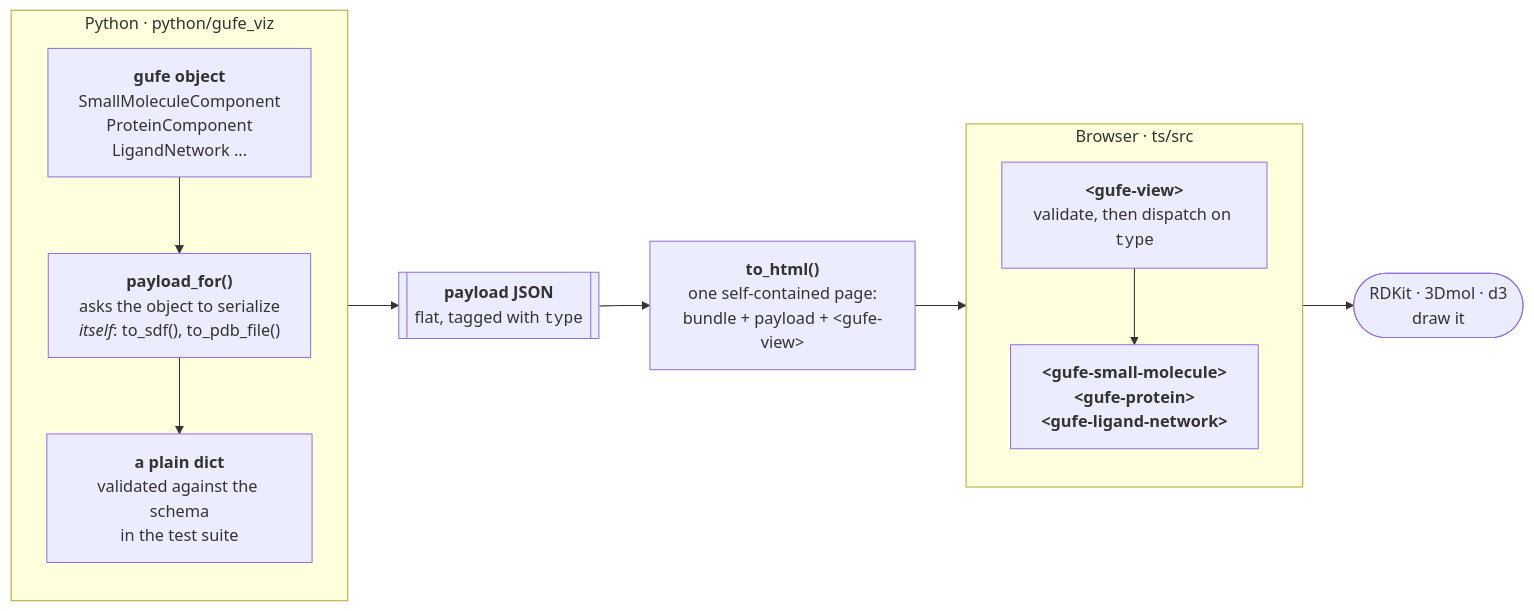
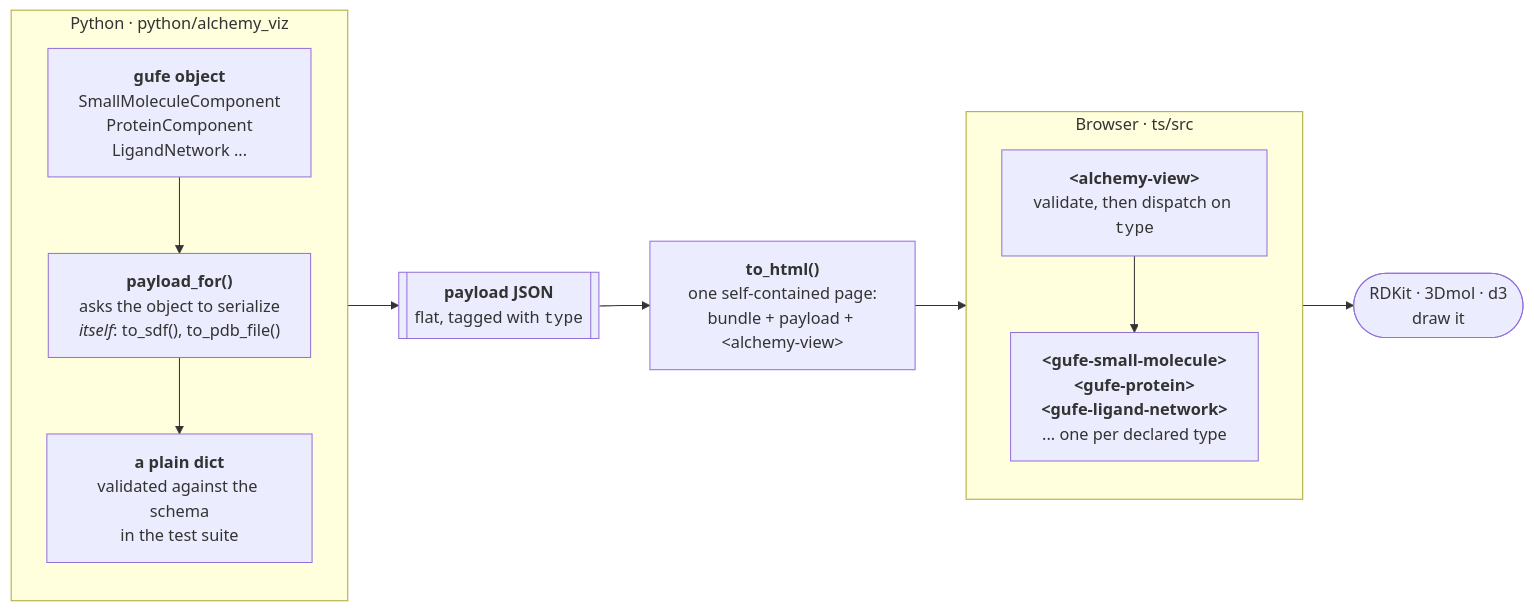
Before and after one commit to omsf-eco-infra/alchemy-viz: the first of 3 diagrams in README.md, drawn with Mermaid. The commit also changed other lines of this file and 156 other files, not shown here.

````diff
--- a/README.md
+++ b/README.md
@@ -150,23 +206,23 @@
 ```mermaid
 flowchart LR
-  subgraph PY["Python · python/gufe_viz"]
+  subgraph PY["Python · python/alchemy_viz"]
     direction TB
     obj["<b>gufe object</b><br/>SmallMoleculeComponent<br/>ProteinComponent<br/>LigandNetwork ..."]
     build["<b>payload_for()</b><br/>asks the object to serialize<br/><i>itself</i>: to_sdf(), to_pdb_file()"]
     plain["<b>a plain dict</b><br/>validated against the schema<br/>in the test suite"]
     obj --> build --> plain
   end
 
   plain --> payload[["<b>payload JSON</b><br/>flat, tagged with <code>type</code>"]]
-  payload --> tohtml["<b>to_html()</b><br/>one self-contained page:<br/>bundle + payload + &lt;gufe-view&gt;"]
+  payload --> tohtml["<b>to_html()</b><br/>one self-contained page:<br/>bundle + payload + &lt;alchemy-view&gt;"]
 
   subgraph BR["Browser · ts/src"]
     direction TB
-    gview["<b>&lt;gufe-view&gt;</b><br/>validate, then dispatch on <code>type</code>"]
-    view["<b>&lt;gufe-small-molecule&gt;</b><br/><b>&lt;gufe-protein&gt;</b><br/><b>&lt;gufe-ligand-network&gt;</b>"]
+    gview["<b>&lt;alchemy-view&gt;</b><br/>validate, then dispatch on <code>type</code>"]
+    view["<b>&lt;gufe-small-molecule&gt;</b><br/><b>&lt;gufe-protein&gt;</b><br/><b>&lt;gufe-ligand-network&gt;</b><br/>... one per declared type"]
     gview --> view
   end
 
   tohtml --> gview
   view --> pic(["RDKit · 3Dmol · d3<br/>draw it"])
 ```
````
